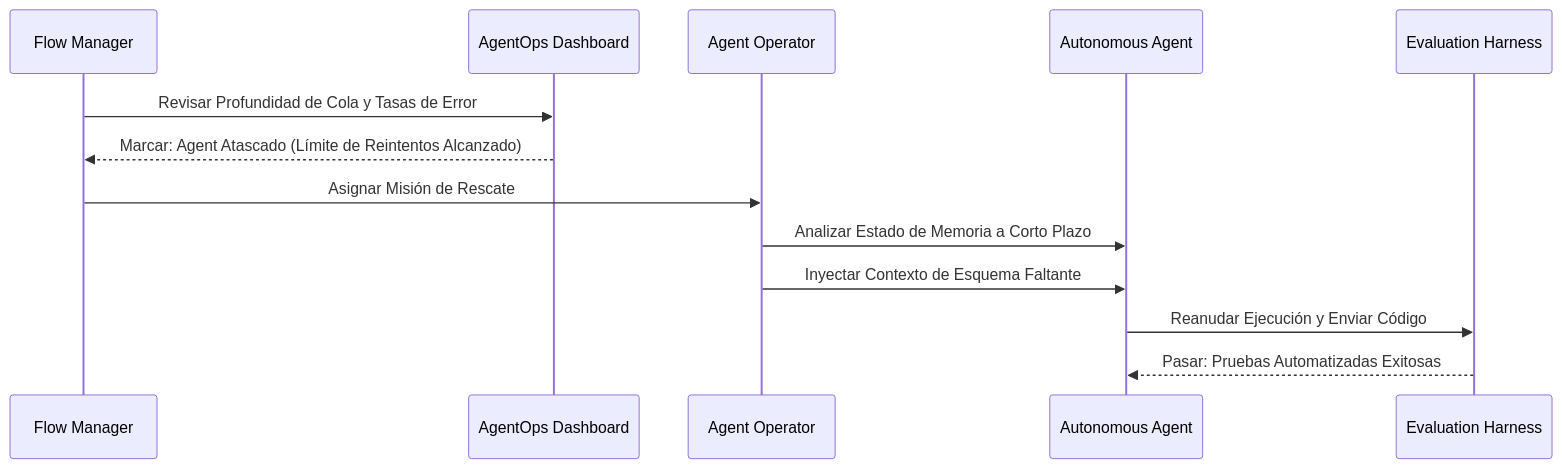
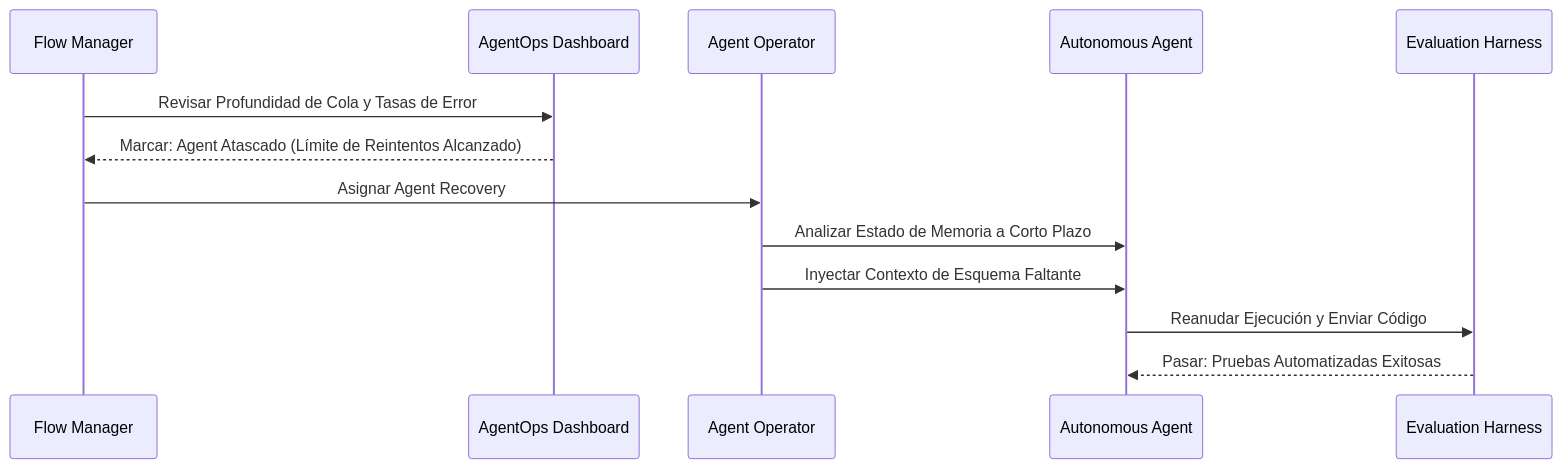
One commit to agentic-development/agentic-dev-handbook changed the diagram in es/operations/ceremonies.md. Above: the diagram before and after it, drawn with Mermaid. The commit also changed other lines of this file and 32 other files, not shown here.

````diff
--- a/es/operations/ceremonies.md
+++ b/es/operations/ceremonies.md
@@ -181,15 +181,15 @@
 ```mermaid
 sequenceDiagram
     participant FlowMgr as Flow Manager
     participant Dashboard as AgentOps Dashboard
     participant Operator as Agent Operator
     participant Agent as Autonomous Agent
     participant Eval as Evaluation Harness
     FlowMgr->>Dashboard: Revisar Profundidad de Cola y Tasas de Error
     Dashboard-->>FlowMgr: Marcar: Agent Atascado (Límite de Reintentos Alcanzado)
-    FlowMgr->>Operator: Asignar Misión de Rescate
+    FlowMgr->>Operator: Asignar Agent Recovery
     Operator->>Agent: Analizar Estado de Memoria a Corto Plazo
     Operator->>Agent: Inyectar Contexto de Esquema Faltante
     Agent->>Eval: Reanudar Ejecución y Enviar Código
     Eval-->>Agent: Pasar: Pruebas Automatizadas Exitosas
 ```
````
